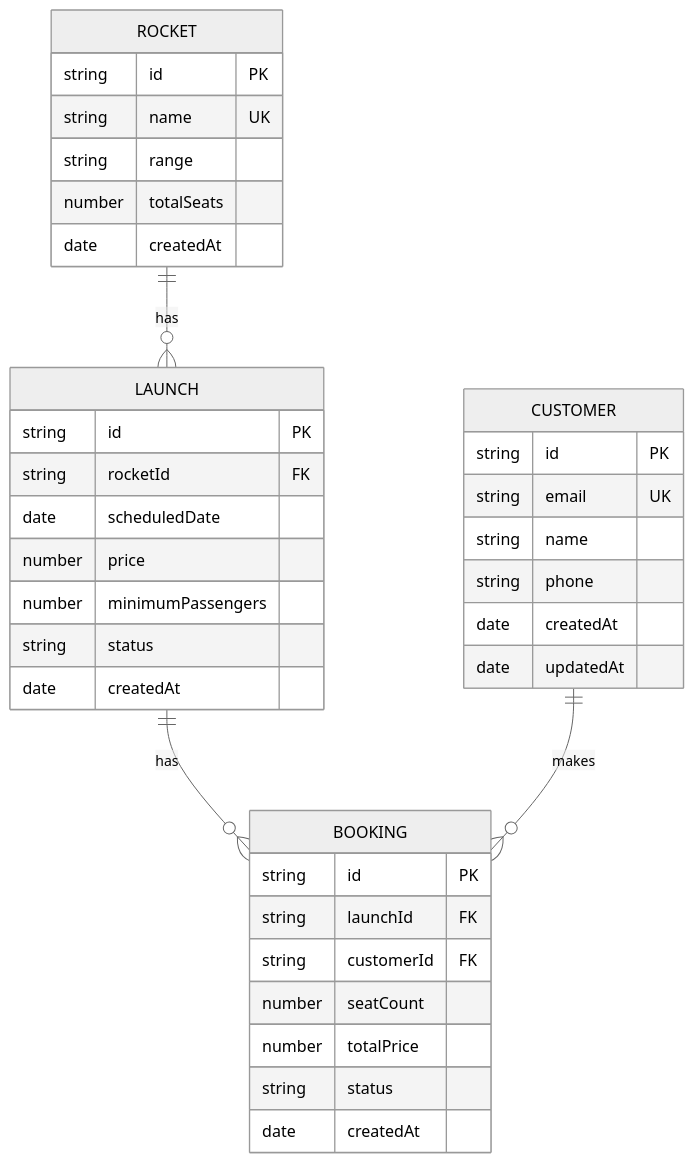
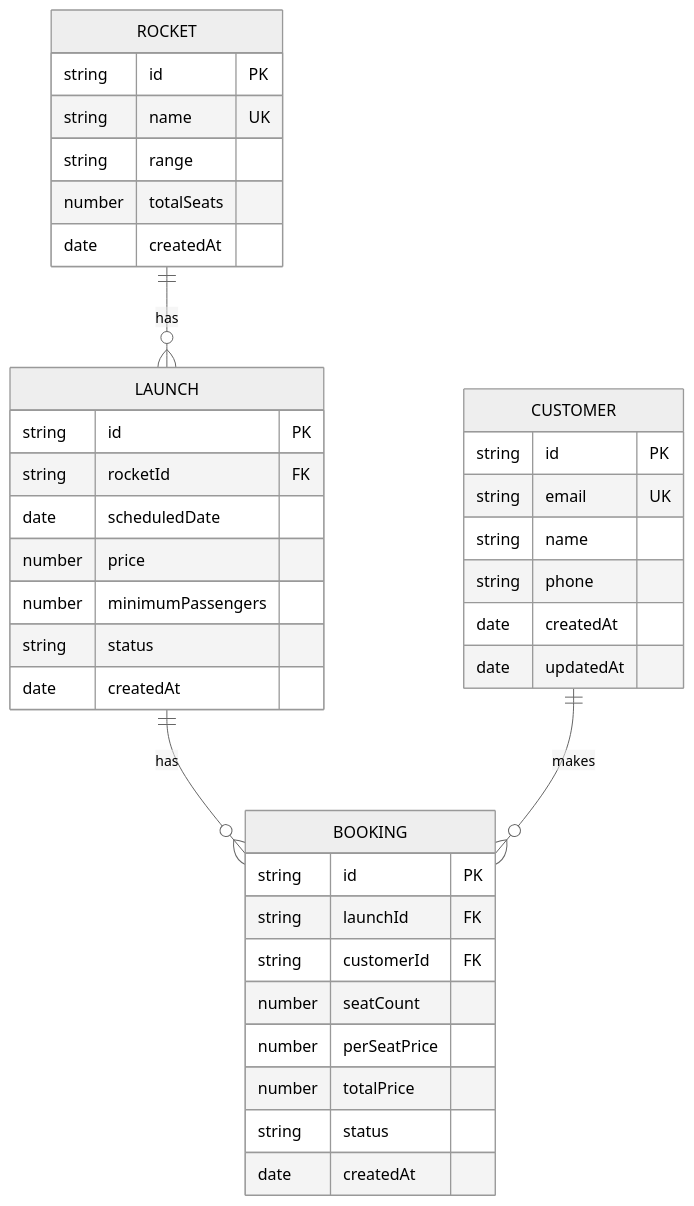
The diagram in .agents/ERM.md (amdelcar/astro-bookings-demo), drawn with Mermaid (neutral theme) before and after one commit. The commit also changed other lines of this file and 18 other files, not shown here.

````diff
--- a/.agents/ERM.md
+++ b/.agents/ERM.md
@@ -64,43 +68,44 @@
 ```mermaid
 erDiagram
     ROCKET ||--o{ LAUNCH : "has"
     LAUNCH ||--o{ BOOKING : "has"
     CUSTOMER ||--o{ BOOKING : "makes"
     
     ROCKET {
         string id PK
         string name UK
         string range
         number totalSeats
         date createdAt
     }
     
     LAUNCH {
         string id PK
         string rocketId FK
         date scheduledDate
         number price
         number minimumPassengers
         string status
         date createdAt
     }
     
     CUSTOMER {
         string id PK
         string email UK
         string name
         string phone
         date createdAt
         date updatedAt
     }
     
     BOOKING {
         string id PK
         string launchId FK
         string customerId FK
         number seatCount
+        number perSeatPrice
         number totalPrice
         string status
         date createdAt
     }
 ```
````
